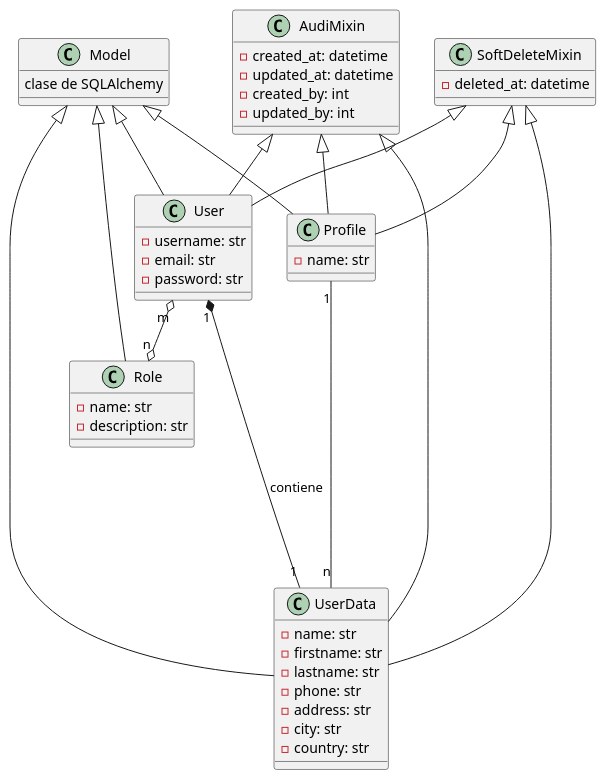
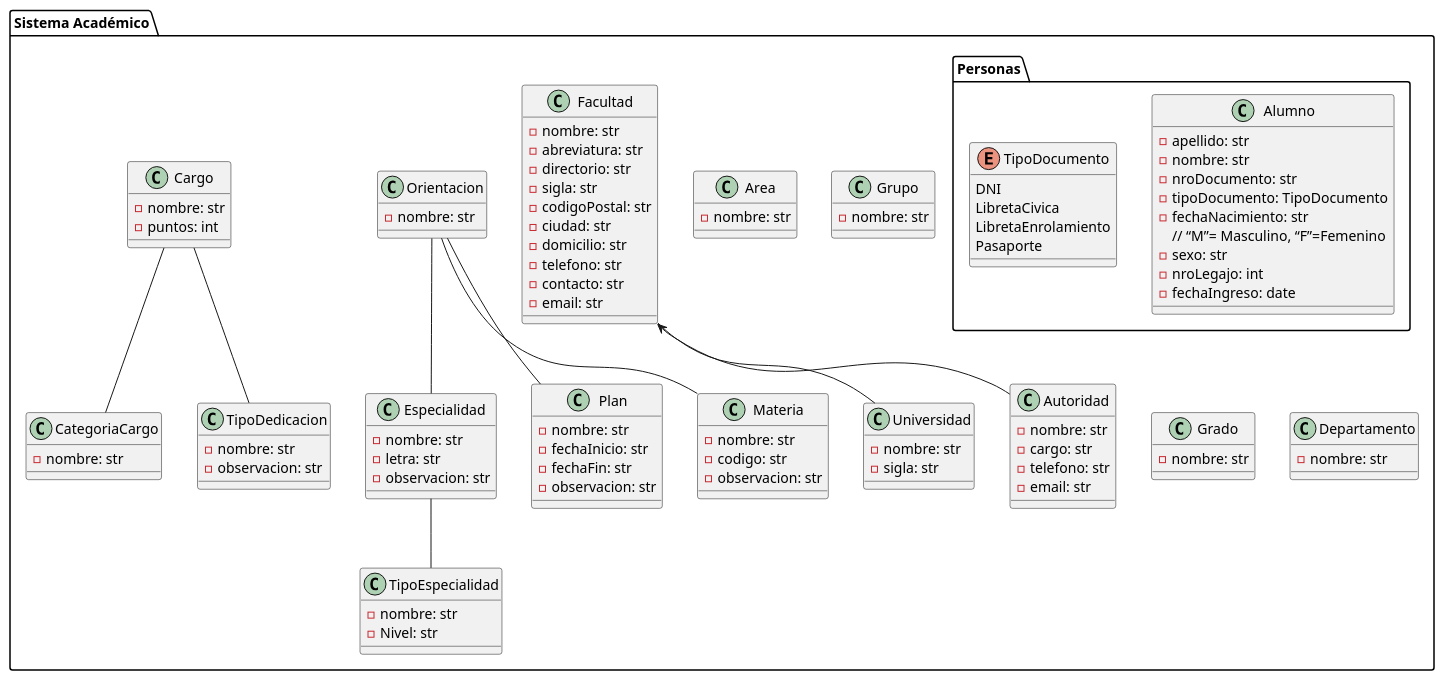
One commit to valerubio7/project-SysAcad-Rubio changed the diagram in docs/diagrama_1.puml. Above: the diagram before and after it, drawn with PlantUML.

Commit message:
docs: agregar el diagrama de clases actualizado

```diff
--- a/docs/diagrama_1.puml
+++ b/docs/diagrama_1.puml
@@ -1,57 +1,118 @@
-@startuml Diagram de Clases
-class Model {
- clase de SQLAlchemy
+@startuml Diagrama de Clases de sysacad
+package "Sistema Académico"{
+    package "Personas"{
+        class Alumno {
+            - apellido: str
+            - nombre: str
+            - nroDocumento: str
+            - tipoDocumento: TipoDocumento
+            - fechaNacimiento: str
+            // “M”= Masculino, “F”=Femenino
+            - sexo: str
+            - nroLegajo: int
+            - fechaIngreso: date
+        }
+
+        enum TipoDocumento {
+            DNI
+            LibretaCivica
+            LibretaEnrolamiento
+            Pasaporte
+        }
+    }
+
+    class Universidad {
+        -nombre: str
+        -sigla: str
+    }
+
+    class Facultad {
+        -nombre: str
+        -abreviatura: str
+        -directorio: str
+        -sigla: str
+        -codigoPostal: str
+        -ciudad: str
+        -domicilio: str
+        -telefono: str
+        -contacto: str
+        -email: str
+    }
+
+    class Autoridad {
+        -nombre: str
+        -cargo: str
+        -telefono: str
+        -email: str
+    }
+
+    class Area {
+        - nombre: str
+    }
+
+    class Especialidad {
+        - nombre: str
+        - letra: str
+        - observacion: str
+    }
+
+    class TipoEspecialidad {
+        - nombre: str
+        - Nivel: str
+    }
+
+    class Grupo {
+        - nombre: str
+    }
+
+    class Plan {
+        - nombre: str
+        - fechaInicio: str
+        - fechaFin: str
+        - observacion: str
+    }
+
+    class Orientacion {
+        - nombre: str
+    }
+
+    class Grado {
+        - nombre: str
+    }
+
+    class Cargo {
+        - nombre: str
+        - puntos: int
+        
+    }
+    
+    class CategoriaCargo {
+        - nombre: str
+    } 
+   
+    class Materia {
+        - nombre: str
+        - codigo: str
+        - observacion: str
+    }
+
+    class TipoDedicacion {
+        - nombre: str
+        - observacion: str
+    }
+
+    class Departamento {
+        - nombre: str
+    }
+
+
+    Orientacion -- Especialidad
+    Orientacion -- Plan
+    Orientacion -- Materia
+    Especialidad -- TipoEspecialidad
+    Facultad <-- Autoridad
+    Facultad -- Universidad
+    Cargo -- CategoriaCargo
+    Cargo -- TipoDedicacion
 }
-
-class User {
-    - username: str
-    - email: str
-    - password: str
-}
-
-class UserData{
-    - name: str
-    - firstname: str
-    - lastname: str
-    - phone: str
-    - address: str
-    - city: str
-    - country: str
-}
-
-class Profile{
-    - name: str
-}
-
-class Role {
-    - name: str
-    - description: str
-}
-
-class AudiMixin{
-    - created_at: datetime
-    - updated_at: datetime
-    - created_by: int
-    - updated_by: int
-}
-
-class SoftDeleteMixin {
-    - deleted_at: datetime
-
-}
-
-Model <|-- User
-SoftDeleteMixin <|-- User
-AudiMixin <|-- User
-Model <|-- Role
-Model <|-- UserData
-SoftDeleteMixin <|-- UserData
-AudiMixin <|-- UserData
-Model <|-- Profile
-SoftDeleteMixin <|-- Profile
-AudiMixin <|-- Profile
-
-User "1" *--- "1" UserData : contiene
-Profile "1" ---- "n" UserData
-User "m" o--o "n" Role
 @enduml
```
